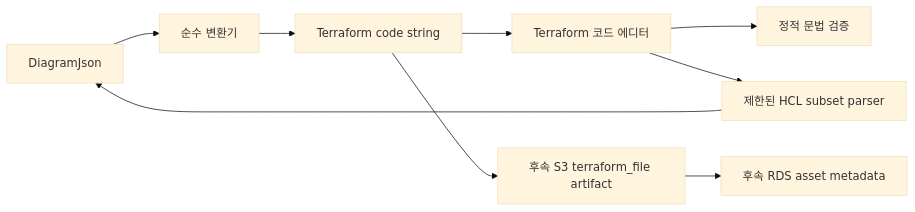
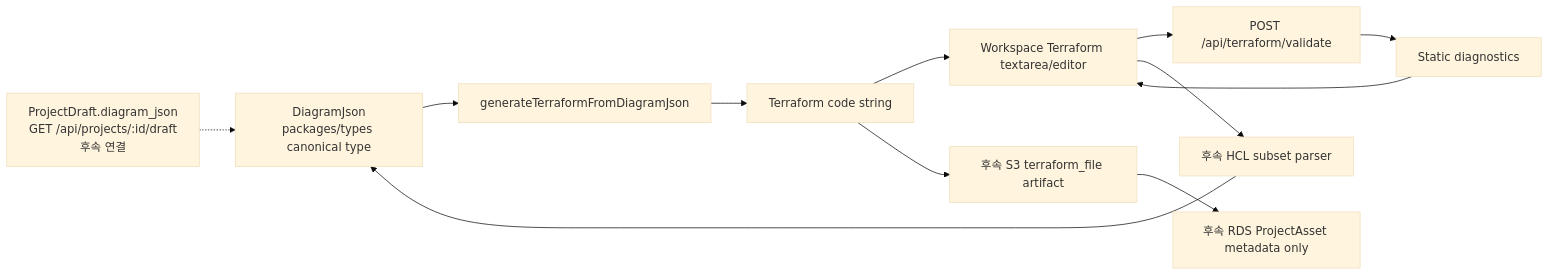
The diagram in docs/sw/spec.md (NearthYou/SketchCatch), drawn with Mermaid (base theme) before and after one commit. The commit also changed other lines of this file and 2 other files, not shown here.

Commit message:
Docs: Terraform 정적 검증 계획 정리

````diff
--- a/docs/sw/spec.md
+++ b/docs/sw/spec.md
@@ -141,11 +150,14 @@
 ```mermaid
 flowchart LR
-  DiagramJson["DiagramJson"] --> Converter["순수 변환기"]
+  DiagramJson["DiagramJson\npackages/types canonical type"] --> Converter["generateTerraformFromDiagramJson"]
   Converter --> TerraformCode["Terraform code string"]
-  TerraformCode --> Editor["Terraform 코드 에디터"]
-  Editor --> StaticValidation["정적 문법 검증"]
-  Editor --> Sync["제한된 HCL subset parser"]
-  Sync --> DiagramJson
-  TerraformCode --> FutureStorage["후속 S3 terraform_file artifact"]
-  FutureStorage --> FutureMetadata["후속 RDS asset metadata"]
+  TerraformCode --> Editor["Workspace Terraform textarea/editor"]
+  Draft["ProjectDraft.diagram_json\nGET /api/projects/:id/draft\n후속 연결"] -.-> DiagramJson
+  Editor --> ValidateApi["POST /api/terraform/validate"]
+  ValidateApi --> Diagnostics["Static diagnostics"]
+  Diagnostics --> Editor
+  Editor --> FutureSync["후속 HCL subset parser"]
+  FutureSync --> DiagramJson
+  TerraformCode --> FutureS3["후속 S3 terraform_file artifact"]
+  FutureS3 --> FutureRDS["후속 RDS ProjectAsset metadata only"]
 ```
````
